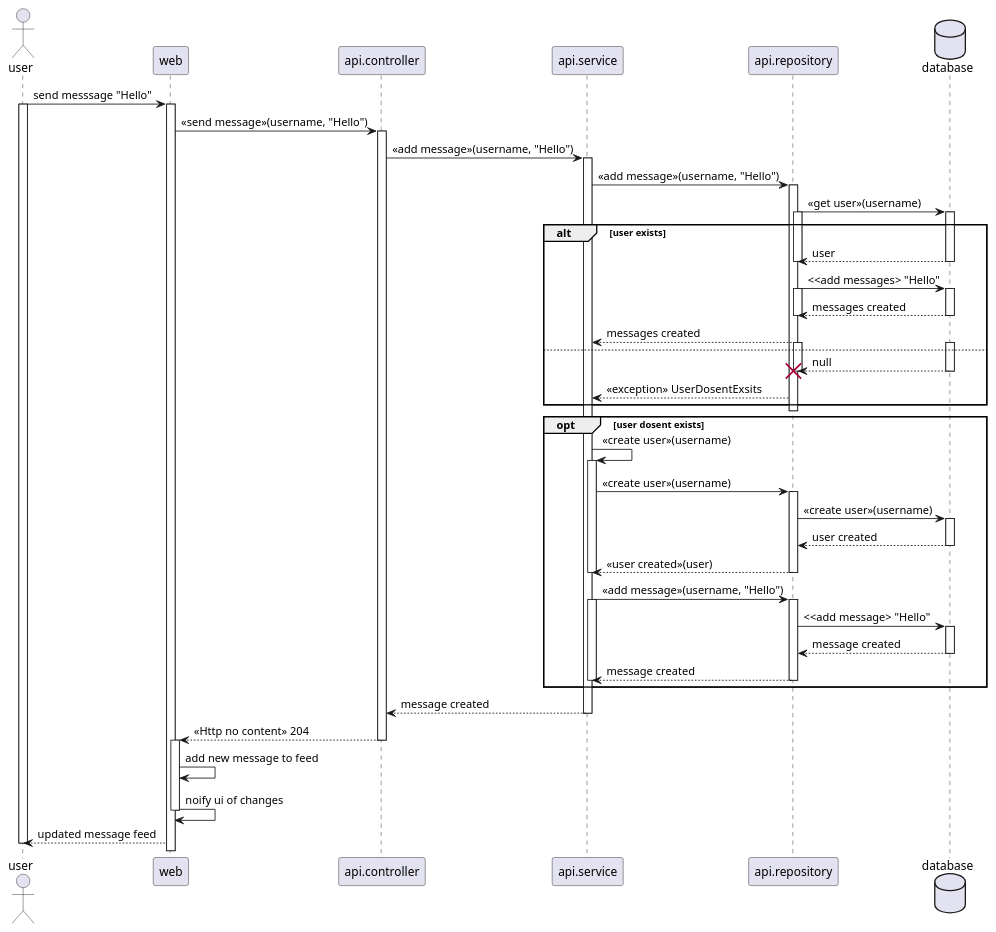
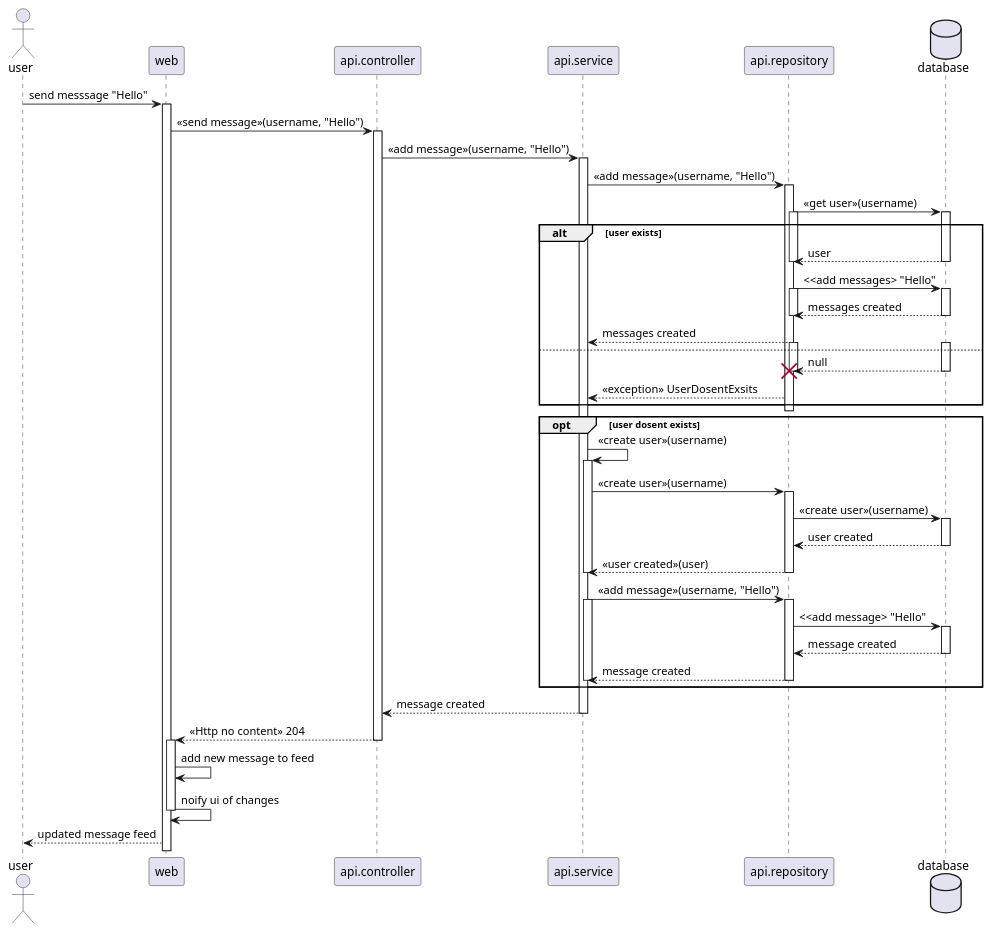
One commit to ITU-DevOps2025-GROUP-A/itu-minitwit changed the diagram in docs/Diagrams/SequenceDigram-user-to-database.wsd. Above: the diagram before and after it, drawn with PlantUML. The commit also changed 1 other file, not shown here.

Commit message:
updated sequence diagrams

```diff
--- a/docs/Diagrams/SequenceDigram-user-to-database.wsd
+++ b/docs/Diagrams/SequenceDigram-user-to-database.wsd
@@ -1,91 +1,89 @@
 @startuml
 actor user
 participant web
 participant api.controller
 participant api.service
 participant api.repository
 database database
 
 user -> web : send messsage "Hello"
-activate user
 activate web
 
 web -> api.controller : <<send message>>(username, "Hello")
 activate api.controller
 
 api.controller -> api.service : <<add message>>(username, "Hello")
 activate api.service
 
 api.service -> api.repository : <<add message>>(username, "Hello")
 activate api.repository
 
 api.repository -> database : <<get user>>(username)
     alt user exists
         activate api.repository
         activate database
         api.repository <-- database : user
         deactivate api.repository
         deactivate database
         api.repository -> database : <<add messages> "Hello"
         activate api.repository
         activate database
         api.repository <-- database : messages created
         deactivate database
         deactivate api.repository
         api.service <-- api.repository : messages created
     else 
         activate api.repository
         activate database
         api.repository <-- database : null
         destroy api.repository
         deactivate database
         api.service <-- api.repository : <<exception>> UserDosentExsits
     end
 deactivate api.repository
 
 opt user dosent exists
     api.service -> api.service : <<create user>>(username)
     activate api.service
 
     api.service -> api.repository : <<create user>>(username)
     activate api.repository
     
     api.repository -> database : <<create user>>(username)
     activate database
     
     api.repository <-- database : user created
     deactivate database
 
     api.service <-- api.repository : <<user created>>(user)
     deactivate api.service
     deactivate api.repository
 
     api.service -> api.repository : <<add message>>(username, "Hello")
     activate api.service
     activate api.repository
 
     api.repository -> database : <<add message> "Hello"
     activate database
 
     api.repository <-- database : message created
     deactivate database
     
     api.service <-- api.repository : message created
     deactivate api.service
     deactivate api.repository
 end
 
 api.controller <-- api.service : message created
 deactivate api.service
 
 web <-- api.controller : <<Http no content>> 204
 deactivate api.controller
 
 activate web
 web -> web : add new message to feed
 web -> web : noify ui of changes 
 deactivate web
 
 user <-- web : updated message feed
-deactivate user
 @enduml
```
